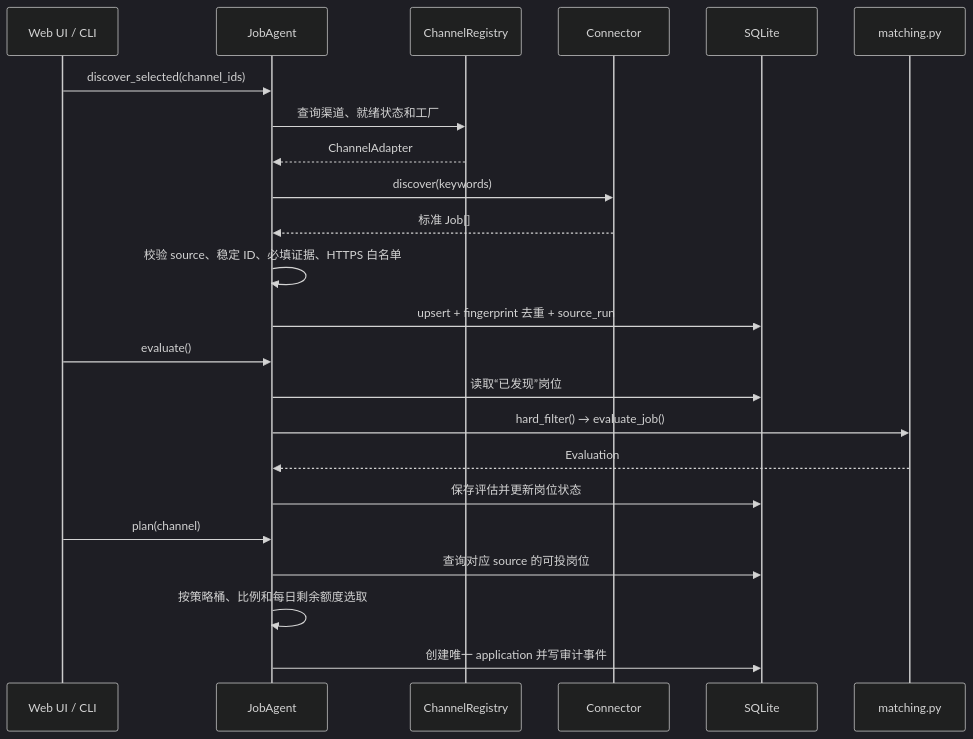
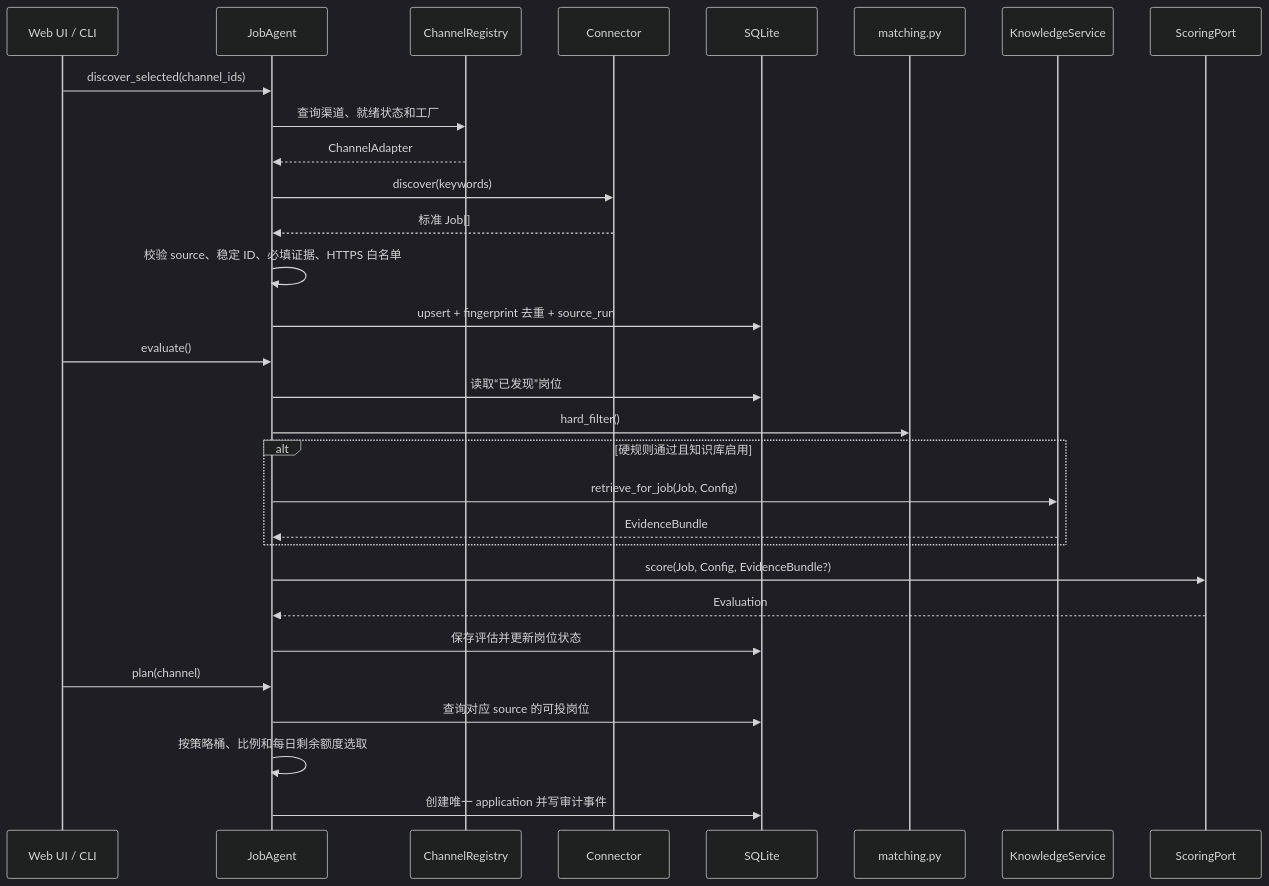
One commit to dailaor/job-agent changed the fourth of 7 diagrams in docs/ARCHITECTURE.md. Above: the diagram before and after it, drawn with Mermaid (dark theme). The commit also changed other lines of this file and 52 other files, not shown here.

````diff
--- a/docs/ARCHITECTURE.md
+++ b/docs/ARCHITECTURE.md
@@ -142,26 +153,33 @@
 ```mermaid
 sequenceDiagram
     participant UI as Web UI / CLI
     participant A as JobAgent
     participant R as ChannelRegistry
     participant C as Connector
     participant DB as SQLite
     participant M as matching.py
+    participant K as KnowledgeService
+    participant S as ScoringPort
 
     UI->>A: discover_selected(channel_ids)
     A->>R: 查询渠道、就绪状态和工厂
     R-->>A: ChannelAdapter
     A->>C: discover(keywords)
     C-->>A: 标准 Job[]
     A->>A: 校验 source、稳定 ID、必填证据、HTTPS 白名单
     A->>DB: upsert + fingerprint 去重 + source_run
     UI->>A: evaluate()
     A->>DB: 读取“已发现”岗位
-    A->>M: hard_filter() → evaluate_job()
-    M-->>A: Evaluation
+    A->>M: hard_filter()
+    alt 硬规则通过且知识库启用
+        A->>K: retrieve_for_job(Job, Config)
+        K-->>A: EvidenceBundle
+    end
+    A->>S: score(Job, Config, EvidenceBundle?)
+    S-->>A: Evaluation
     A->>DB: 保存评估并更新岗位状态
     UI->>A: plan(channel)
     A->>DB: 查询对应 source 的可投岗位
     A->>A: 按策略桶、比例和每日剩余额度选取
     A->>DB: 创建唯一 application 并写审计事件
 ```
````
